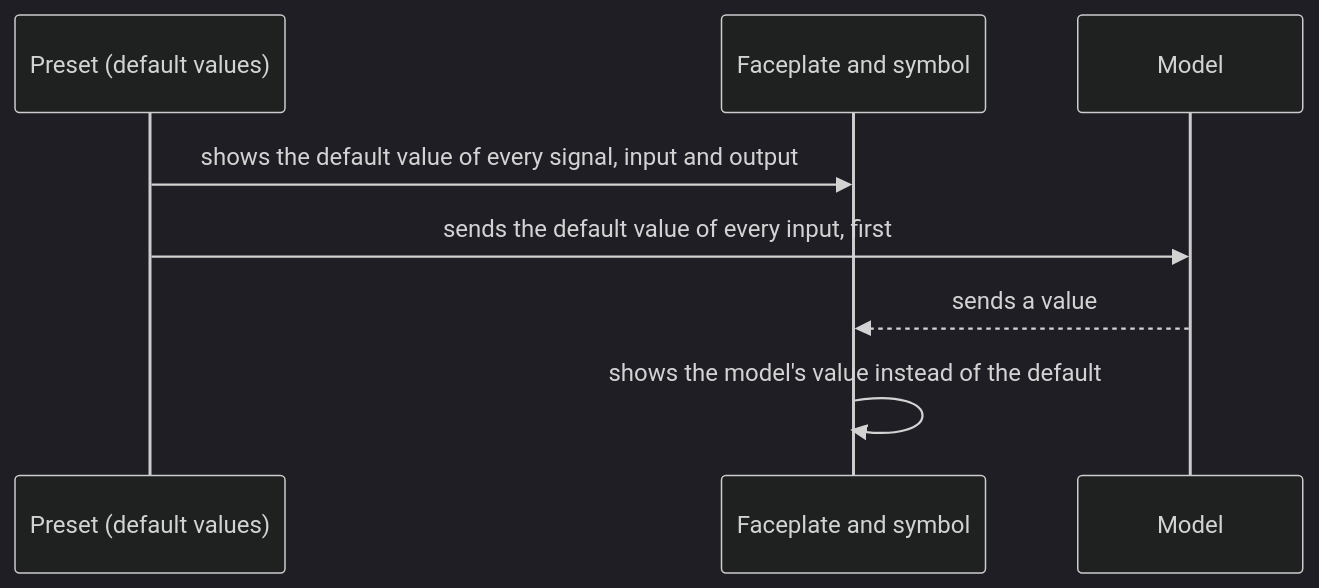
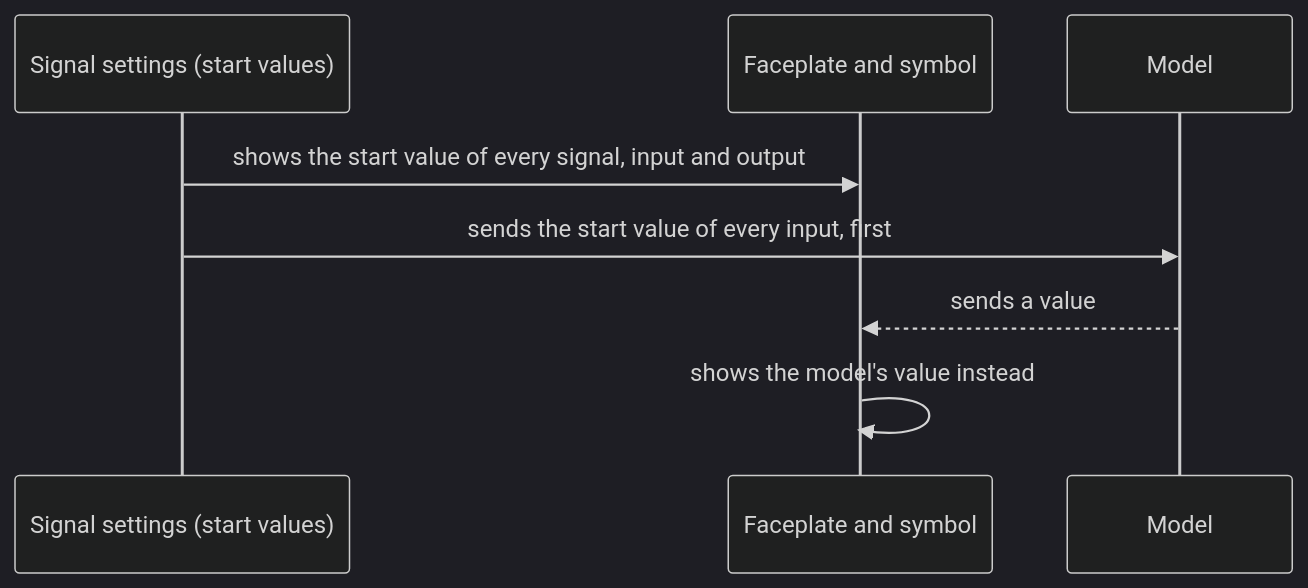
Diagram 39 of 50 in metadata/draft.md (AlexandreGallais/synoptic-studio-spec), drawn with Mermaid (dark theme) before and after one commit. The commit also changed other lines of this file and 65 other files, not shown here.

````diff
--- a/metadata/draft.md
+++ b/metadata/draft.md
@@ -1221,10 +1194,10 @@
 ```mermaid
 sequenceDiagram
-    participant P as Preset (default values)
+    participant P as Signal settings (start values)
     participant F as Faceplate and symbol
     participant M as Model
-    P->>F: shows the default value of every signal, input and output
-    P->>M: sends the default value of every input, first
+    P->>F: shows the start value of every signal, input and output
+    P->>M: sends the start value of every input, first
     M-->>F: sends a value
-    F->>F: shows the model's value instead of the default
+    F->>F: shows the model's value instead
 ```
````
